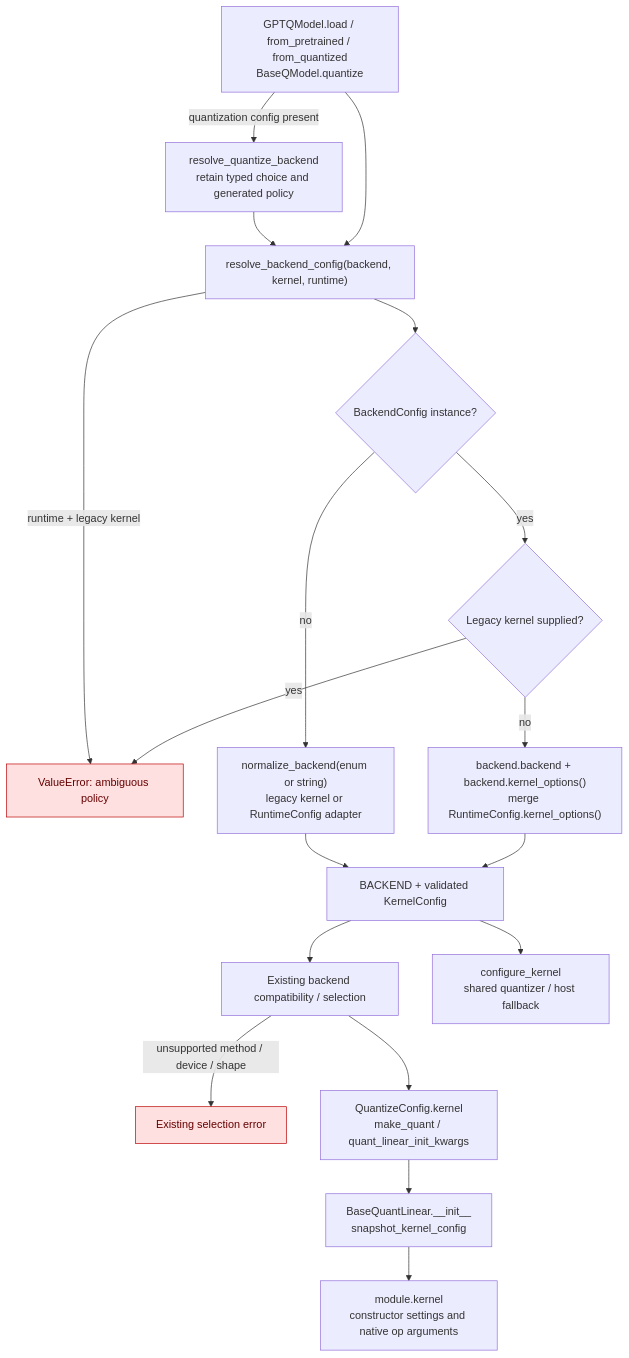
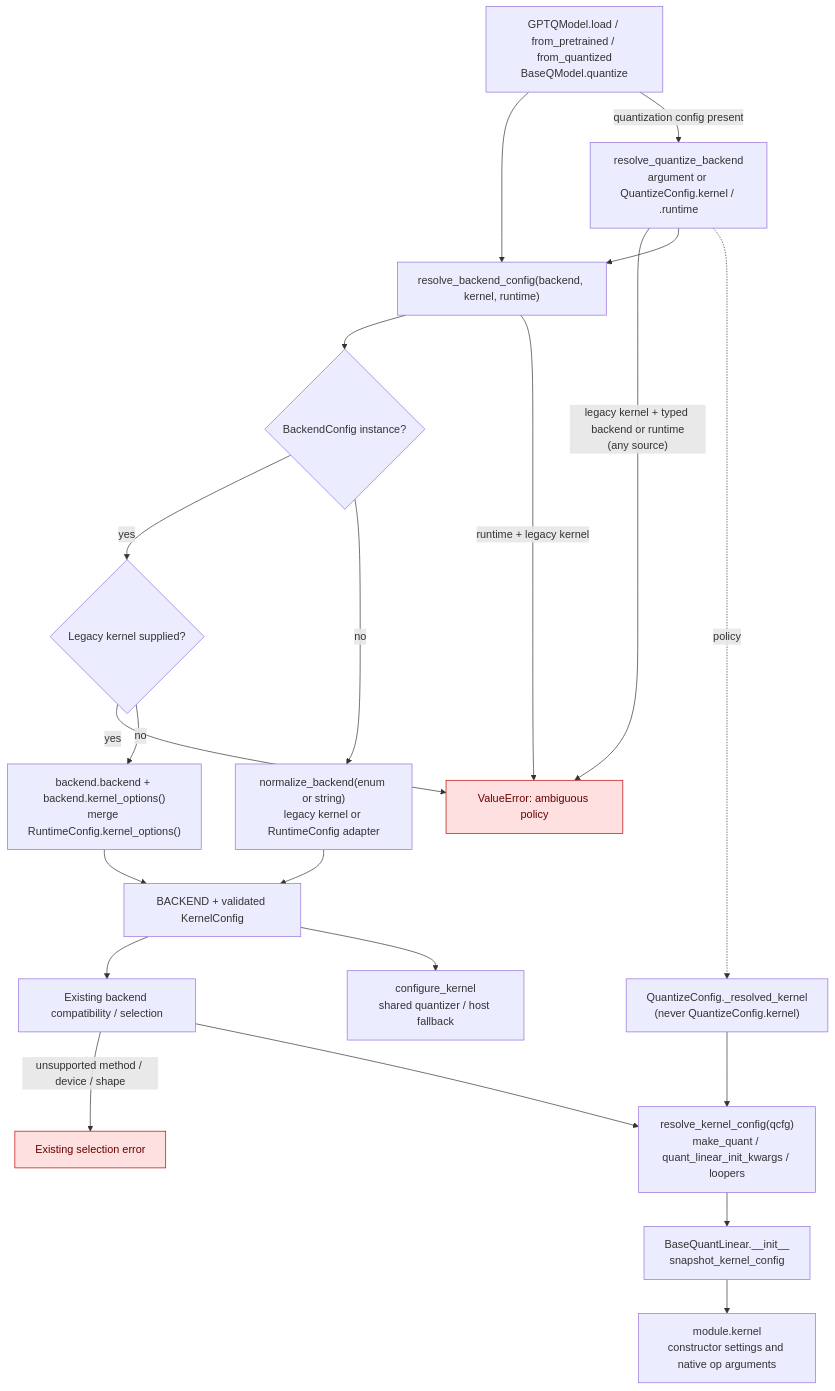
One commit to ModelCloud/GPTQModel changed the first of 5 diagrams in docs/backend-selection.md. Above: the diagram before and after it, drawn with Mermaid. The commit also changed other lines of this file and 22 other files, not shown here.

````diff
--- a/docs/backend-selection.md
+++ b/docs/backend-selection.md
@@ -67,22 +74,25 @@
 ```mermaid
 flowchart TD
     A["GPTQModel.load / from_pretrained / from_quantized<br/>BaseQModel.quantize"] --> B["resolve_backend_config(backend, kernel, runtime)"]
-    A -- "quantization config present" --> R["resolve_quantize_backend<br/>retain typed choice and generated policy"]
+    A -- "quantization config present" --> R["resolve_quantize_backend<br/>argument or QuantizeConfig.kernel / .runtime"]
+    R -- "legacy kernel + typed backend or runtime<br/>(any source)" --> E
     R --> B
     B --> C{"BackendConfig instance?"}
     C -- yes --> D{"Legacy kernel supplied?"}
     D -- yes --> E["ValueError: ambiguous policy"]
     D -- no --> F["backend.backend + backend.kernel_options()<br/>merge RuntimeConfig.kernel_options()"]
     C -- no --> G["normalize_backend(enum or string)<br/>legacy kernel or RuntimeConfig adapter"]
     B -- "runtime + legacy kernel" --> E
     F --> H["BACKEND + validated KernelConfig"]
     G --> H
     H --> I["Existing backend compatibility / selection"]
     I -- "unsupported method / device / shape" --> J["Existing selection error"]
-    I --> K["QuantizeConfig.kernel<br/>make_quant / quant_linear_init_kwargs"]
+    R -. "policy" .-> Q["QuantizeConfig._resolved_kernel<br/>(never QuantizeConfig.kernel)"]
+    Q --> K["resolve_kernel_config(qcfg)<br/>make_quant / quant_linear_init_kwargs / loopers"]
+    I --> K
     K --> L["BaseQuantLinear.__init__<br/>snapshot_kernel_config"]
     L --> M["module.kernel<br/>constructor settings and native op arguments"]
     H --> N["configure_kernel<br/>shared quantizer / host fallback"]
     classDef failure fill:#ffe0e0,stroke:#b00,color:#600
     class E,J failure
 ```
````
